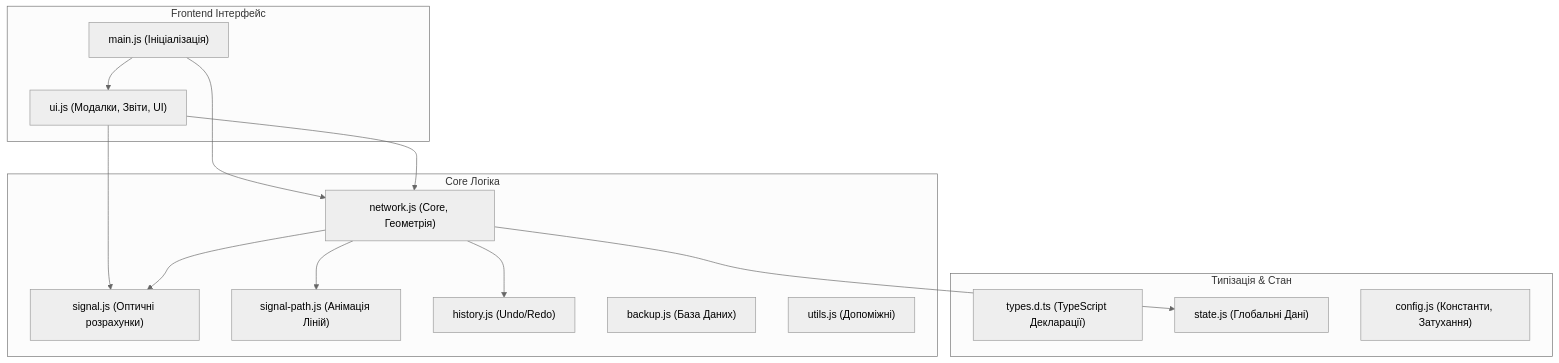
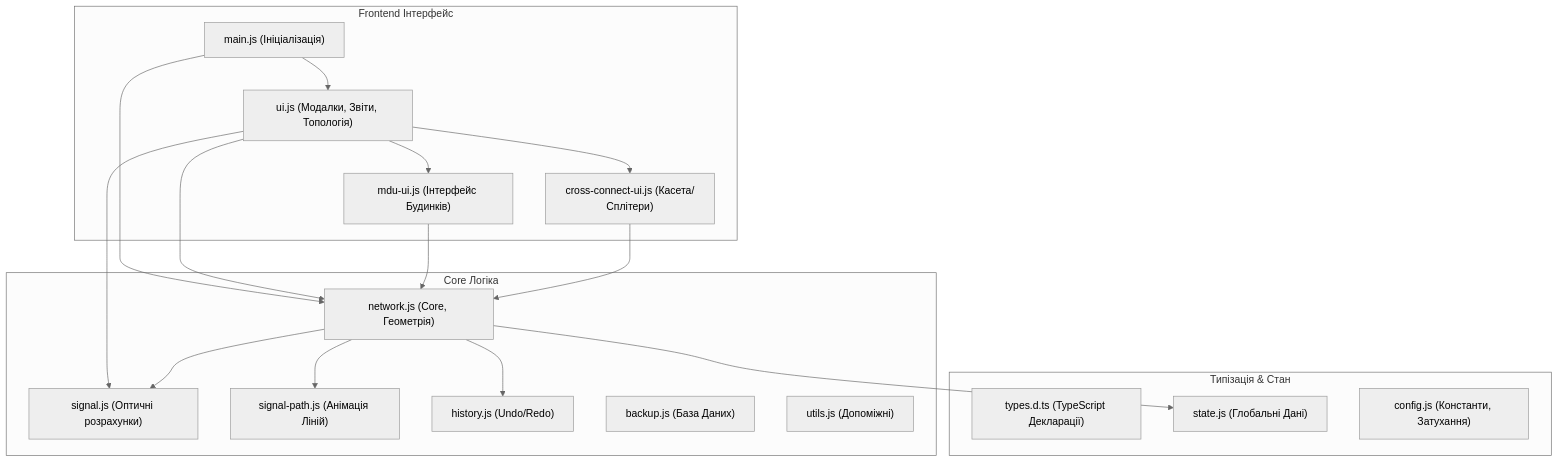
The diagram in pon-app/DOCUMENTATION.md (Shchensnevych/pon-network-designer), drawn with Mermaid (neutral theme) before and after one commit. The commit also changed other lines of this file, not shown here.

Commit message:
Docs: Update DOCUMENTATION.md with new features (Muftas, Limitless Splitters, MDU FTTH, Topology renderers)

````diff
--- a/pon-app/DOCUMENTATION.md
+++ b/pon-app/DOCUMENTATION.md
@@ -65,31 +69,37 @@
 ```mermaid
 graph TD
     subgraph "Типізація & Стан"
         types["types.d.ts (TypeScript Декларації)"]
         state["state.js (Глобальні Дані)"]
         config["config.js (Константи, Затухання)"]
     end
 
     subgraph "Core Логіка"
         network["network.js (Core, Геометрія)"]
         signal["signal.js (Оптичні розрахунки)"]
         visuals["signal-path.js (Анімація Ліній)"]
         history["history.js (Undo/Redo)"]
         backup["backup.js (База Даних)"]
         utils["utils.js (Допоміжні)"]
     end
 
     subgraph "Frontend Інтерфейс"
         main["main.js (Ініціалізація)"]
-        ui["ui.js (Модалки, Звіти, UI)"]
+        ui["ui.js (Модалки, Звіти, Топологія)"]
+        mduUI["mdu-ui.js (Інтерфейс Будинків)"]
+        crossUI["cross-connect-ui.js (Касета/Сплітери)"]
     end
 
     main --> ui
     main --> network
     ui --> network
     ui --> signal
+    ui --> mduUI
+    ui --> crossUI
+    mduUI --> network
+    crossUI --> network
     network --> signal
     network --> history
     network --> visuals
     network --> state
 ```
````
